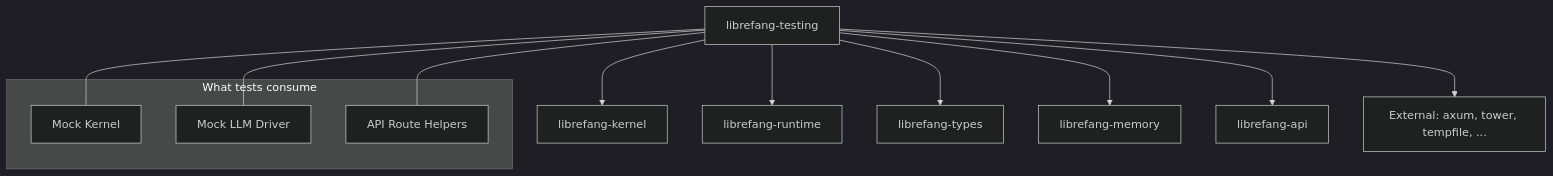
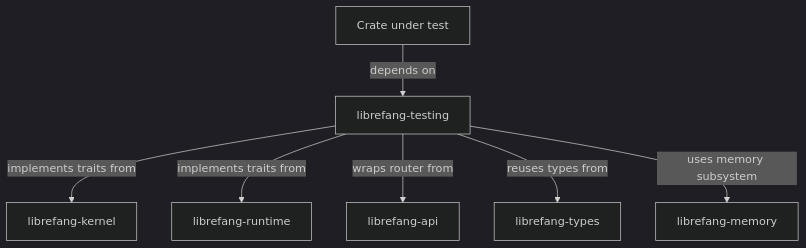
Before and after one commit to leszek3737/librefang-WIki: the diagram in other-librefang-testing.md, drawn with Mermaid (dark theme). The commit also changed other lines of this file and 122 other files, not shown here.

````diff
--- a/other-librefang-testing.md
+++ b/other-librefang-testing.md
@@ -17,19 +19,9 @@
 ```mermaid
 graph TD
-    T[librefang-testing] --> KT[librefang-kernel]
-    T --> RT[librefang-runtime]
-    T --> TY[librefang-types]
-    T --> MEM[librefang-memory]
-    T --> API[librefang-api]
-    T --> EXT[External: axum, tower, tempfile, ...]
-
-    subgraph "What tests consume"
-        MK[Mock Kernel]
-        ML[Mock LLM Driver]
-        AR[API Route Helpers]
-    end
-
-    T --- MK
-    T --- ML
-    T --- AR
+    A["Crate under test"] -->|depends on| B[librefang-testing]
+    B -->|implements traits from| C[librefang-kernel]
+    B -->|implements traits from| D[librefang-runtime]
+    B -->|wraps router from| E[librefang-api]
+    B -->|reuses types from| F[librefang-types]
+    B -->|uses memory subsystem| G[librefang-memory]
 ```
````
